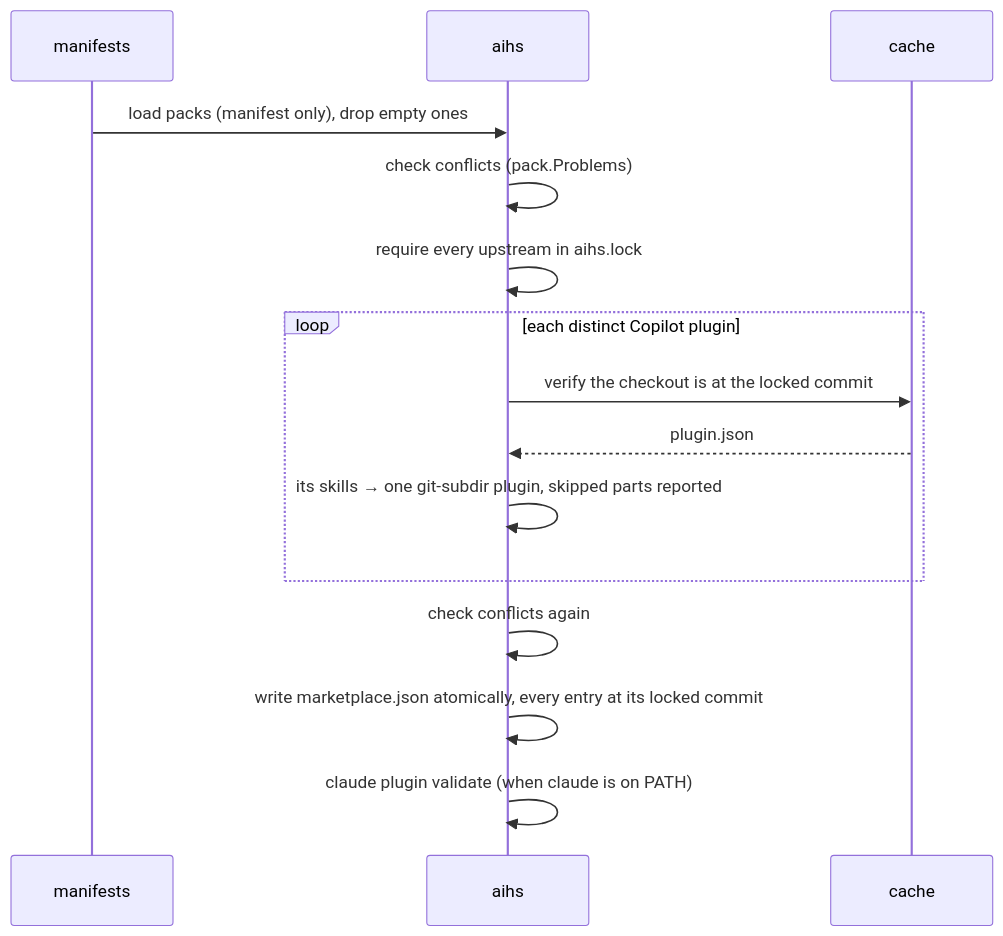
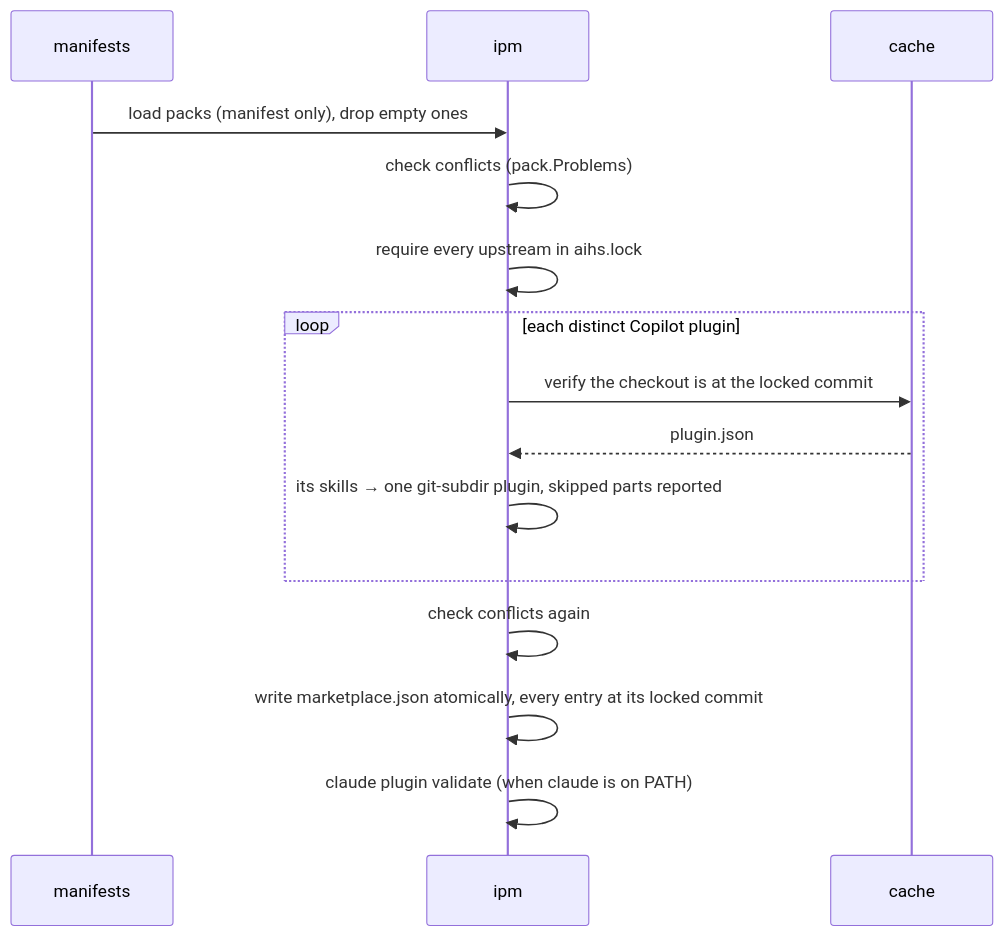
Before and after one commit to thinkjones/intelligent-package-manager: the second of 3 diagrams in docs/architecture.md, drawn with Mermaid. The commit also changed other lines of this file and 7 other files, not shown here.

Commit message:
docs: rename aihs to ipm

````diff
--- a/docs/architecture.md
+++ b/docs/architecture.md
@@ -65,17 +65,17 @@
 ```mermaid
 sequenceDiagram
   participant M as manifests
-  participant A as aihs
+  participant A as ipm
   participant C as cache
   M->>A: load packs (manifest only), drop empty ones
   A->>A: check conflicts (pack.Problems)
   A->>A: require every upstream in aihs.lock
   loop each distinct Copilot plugin
     A->>C: verify the checkout is at the locked commit
     C-->>A: plugin.json
     A->>A: its skills → one git-subdir plugin, skipped parts reported
   end
   A->>A: check conflicts again
   A->>A: write marketplace.json atomically, every entry at its locked commit
   A->>A: claude plugin validate (when claude is on PATH)
 ```
````
